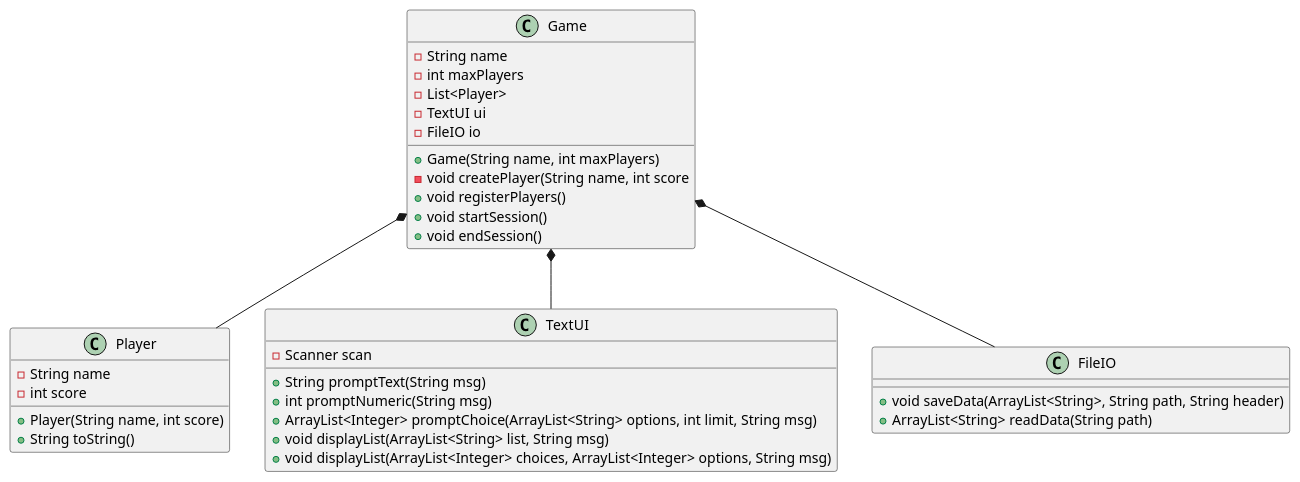
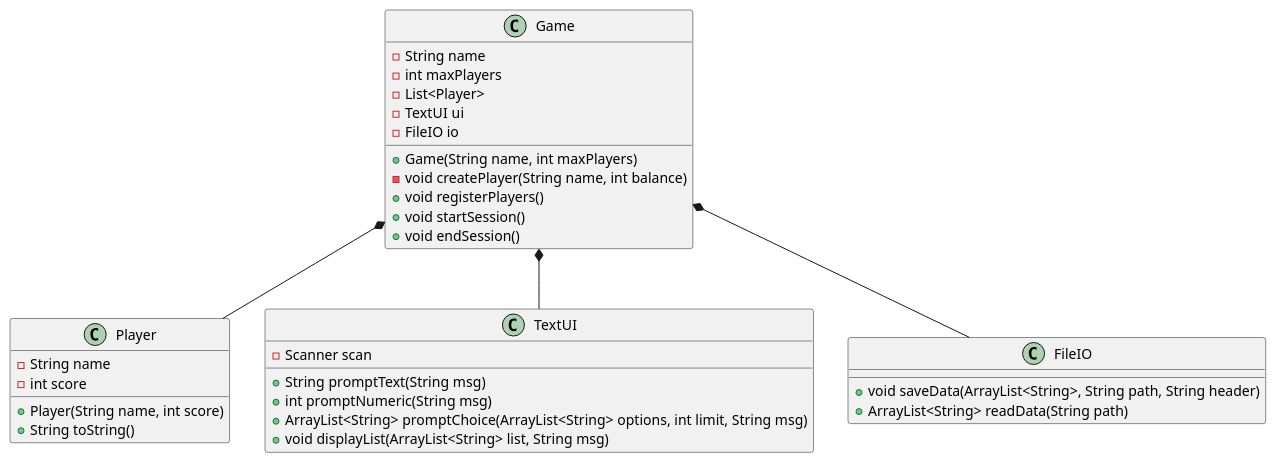
The diagram in Doc/classdiagram_v3.puml (Eligoon/Game), drawn with PlantUML before and after one commit. The commit also changed 4 other files, not shown here.

```diff
--- a/Doc/classdiagram_v3.puml
+++ b/Doc/classdiagram_v3.puml
@@ -1,53 +1,51 @@
 @startuml
 'https://plantuml.com/class-diagram
 
 class Game
 class Player
 
 
 Game *-- Player
 Game *-- TextUI
-
 Game *-- FileIO
 
 
 
 class Game {
 - String name
 - int maxPlayers
 - List<Player>
 - TextUI ui
 - FileIO io
 + Game(String name, int maxPlayers)
-- void createPlayer(String name, int score
+- void createPlayer(String name, int balance)
 + void registerPlayers()
 + void startSession()
 + void endSession()
 
 }
 class Player {
 - String name
 - int score
 + Player(String name, int score)
 + String toString()
 }
 
 class TextUI {
 - Scanner scan
 ' shows a message and returns the user's input as a String
 + String promptText(String msg)
 ' shows a message and returns the user's input as an integer
 + int promptNumeric(String msg)
 ' shows the options, promts for choices until limit is reached, and returns the user's choices as a list
-+ ArrayList<Integer> promptChoice(ArrayList<String> options, int limit, String msg)
++ ArrayList<String> promptChoice(ArrayList<String> options, int limit, String msg)
 ' shows a message and lists the content of a list
 + void displayList(ArrayList<String> list, String msg)
-+ void displayList(ArrayList<Integer> choices, ArrayList<Integer> options, String msg)
 }
 
 class FileIO{
 + void saveData(ArrayList<String>, String path, String header)
 + ArrayList<String> readData(String path)
 }
 
 @enduml
```
